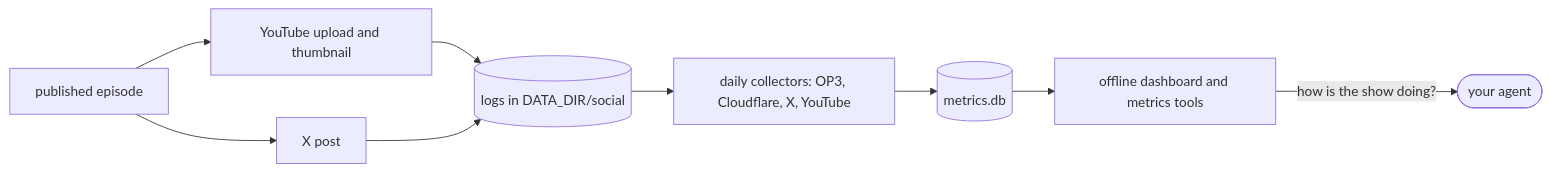
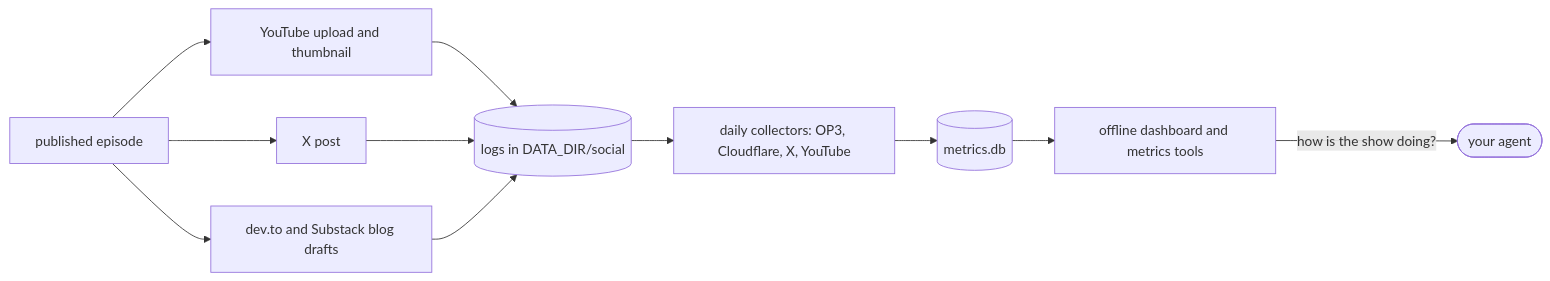
One commit to harpreetsahota204/podcast_server changed the fourth of 4 diagrams in README.md. Above: the diagram before and after it, drawn with Mermaid. The commit also changed other lines of this file and 19 other files, not shown here.

````diff
--- a/README.md
+++ b/README.md
@@ -153,11 +153,13 @@
 ```mermaid
 flowchart LR
     P[published episode] --> V[YouTube upload and thumbnail]
     P --> X[X post]
+    P --> DT[dev.to and Substack blog drafts]
     V --> L[(logs in DATA_DIR/social)]
     X --> L
+    DT --> L
     L --> C[daily collectors: OP3, Cloudflare, X, YouTube]
     C --> M[(metrics.db)]
     M --> D[offline dashboard and metrics tools]
     D -->|"how is the show doing?"| AG([your agent])
 ```
````
